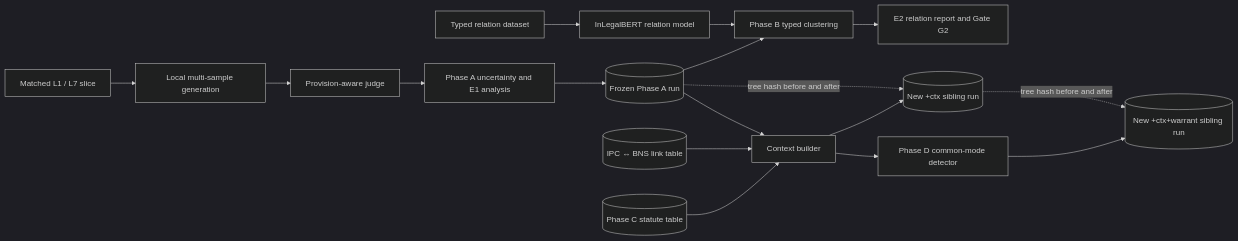
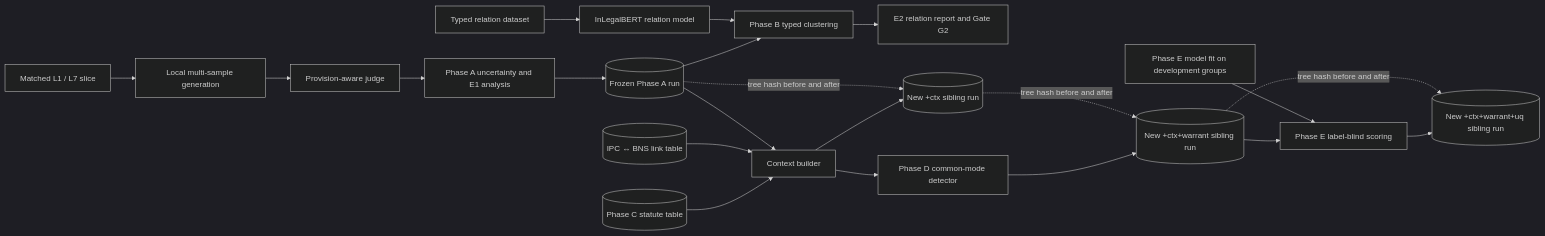
The diagram in README.md (RushikeshMasalkar/jurisuq_code), drawn with Mermaid (dark theme) before and after one commit. The commit also changed other lines of this file and 17 other files, not shown here.

````diff
--- a/README.md
+++ b/README.md
@@ -320,23 +330,28 @@
 ```mermaid
 flowchart LR
     D[Matched L1 / L7 slice] --> S[Local multi-sample generation]
     S --> J[Provision-aware judge]
     J --> A[Phase A uncertainty and E1 analysis]
     A --> R1[(Frozen Phase A run)]
 
     X[Typed relation dataset] --> M[InLegalBERT relation model]
     R1 --> T[Phase B typed clustering]
     M --> T
     T --> E2[E2 relation report and Gate G2]
 
     ST[(Phase C statute table)] --> C[Context builder]
     LK[(IPC ↔ BNS link table)] --> C
     R1 --> C
     C --> R2[(New +ctx sibling run)]
 
     C --> W[Phase D common-mode detector]
     W --> R3[(New +ctx+warrant sibling run)]
 
+    R3 --> U[Phase E label-blind scoring]
+    M8[Phase E model fit on development groups] --> U
+    U --> R4[(New +ctx+warrant+uq sibling run)]
+
     R1 -. tree hash before and after .-> R2
     R2 -. tree hash before and after .-> R3
+    R3 -. tree hash before and after .-> R4
 ```
````
